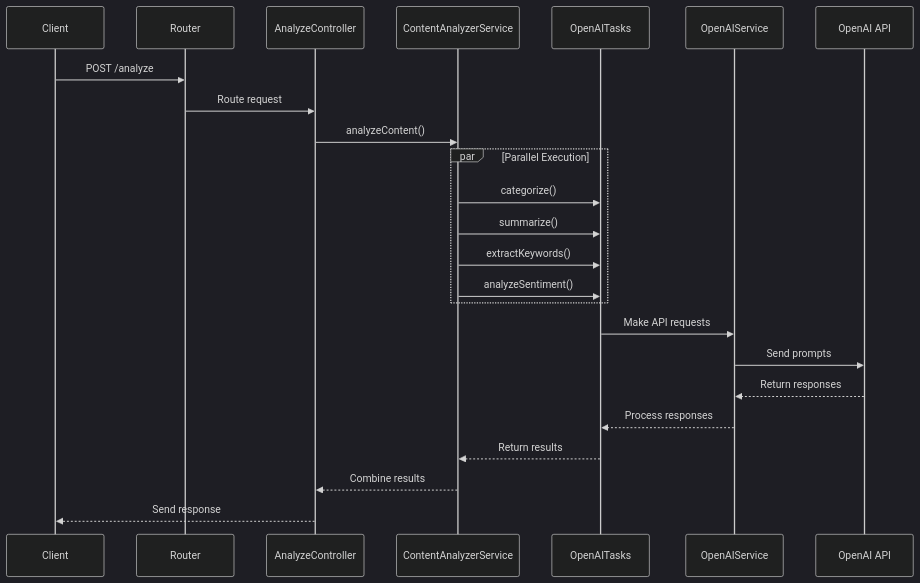
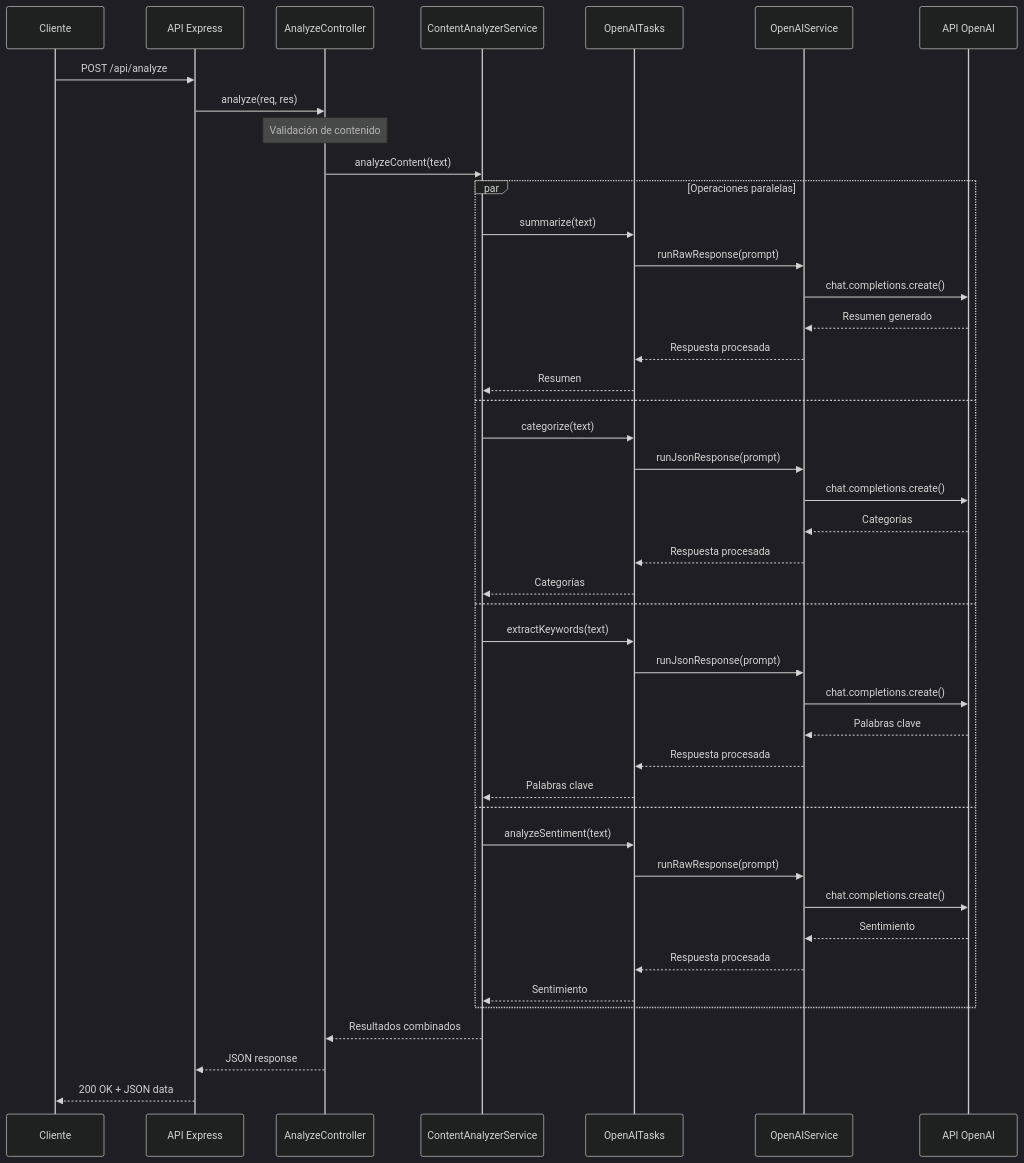
One commit to asanchezyali/backend-typescript-express-template changed the second of 5 diagrams in README.md. Above: the diagram before and after it, drawn with Mermaid (dark theme). The commit also changed other lines of this file, not shown here.

Commit message:
feat: update README to reflect new API name and enhance design decisions, features, and installation instructions

````diff
--- a/README.md
+++ b/README.md
@@ -198,27 +176,50 @@
 ```mermaid
 sequenceDiagram
-    participant C as Client
-    participant R as Router
+    participant Client as Cliente
+    participant API as API Express
     participant AC as AnalyzeController
-    participant CS as ContentAnalyzerService
-    participant OT as OpenAITasks
-    participant OS as OpenAIService
-    participant API as OpenAI API
-
-    C->>R: POST /analyze
-    R->>AC: Route request
-    AC->>CS: analyzeContent()
-    par Parallel Execution
-        CS->>OT: categorize()
-        CS->>OT: summarize()
-        CS->>OT: extractKeywords()
-        CS->>OT: analyzeSentiment()
+    participant CAS as ContentAnalyzerService
+    participant OAT as OpenAITasks
+    participant OAS as OpenAIService
+    participant OpenAI as API OpenAI
+    
+    Client->>API: POST /api/analyze
+    API->>AC: analyze(req, res)
+    Note over AC: Validación de contenido
+    
+    AC->>CAS: analyzeContent(text)
+    
+    par Operaciones paralelas
+        CAS->>OAT: summarize(text)
+        OAT->>OAS: runRawResponse(prompt)
+        OAS->>OpenAI: chat.completions.create()
+        OpenAI-->>OAS: Resumen generado
+        OAS-->>OAT: Respuesta procesada
+        OAT-->>CAS: Resumen
+    and
+        CAS->>OAT: categorize(text)
+        OAT->>OAS: runJsonResponse(prompt)
+        OAS->>OpenAI: chat.completions.create()
+        OpenAI-->>OAS: Categorías
+        OAS-->>OAT: Respuesta procesada
+        OAT-->>CAS: Categorías
+    and
+        CAS->>OAT: extractKeywords(text)
+        OAT->>OAS: runJsonResponse(prompt)
+        OAS->>OpenAI: chat.completions.create()
+        OpenAI-->>OAS: Palabras clave
+        OAS-->>OAT: Respuesta procesada
+        OAT-->>CAS: Palabras clave
+    and
+        CAS->>OAT: analyzeSentiment(text)
+        OAT->>OAS: runRawResponse(prompt)
+        OAS->>OpenAI: chat.completions.create()
+        OpenAI-->>OAS: Sentimiento
+        OAS-->>OAT: Respuesta procesada
+        OAT-->>CAS: Sentimiento
     end
-    OT->>OS: Make API requests
-    OS->>API: Send prompts
-    API-->>OS: Return responses
-    OS-->>OT: Process responses
-    OT-->>CS: Return results
-    CS-->>AC: Combine results
-    AC-->>C: Send response
+    
+    CAS-->>AC: Resultados combinados
+    AC-->>API: JSON response
+    API-->>Client: 200 OK + JSON data
 ```
````
